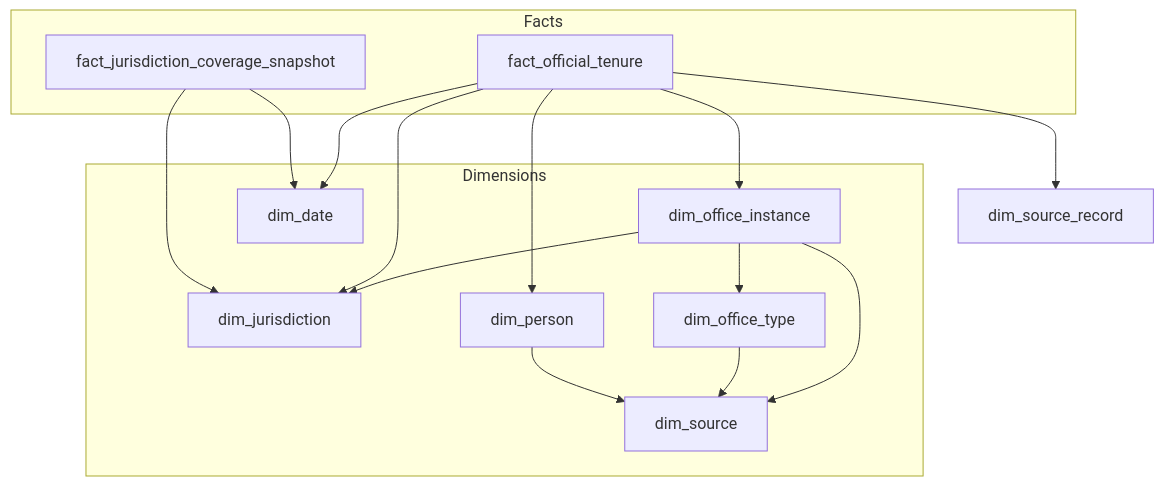
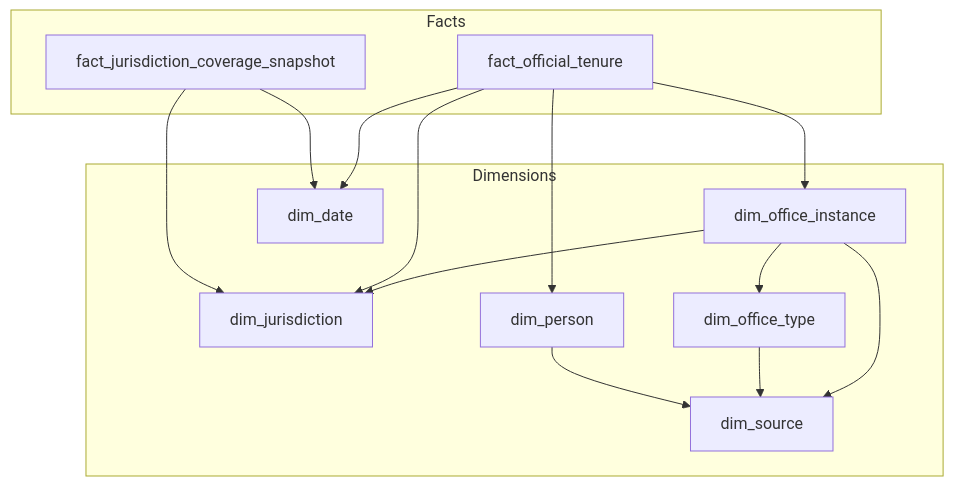
The diagram in docs/README.md (aeevered/elected-officials-data-acquisition), drawn with Mermaid before and after one commit.

````diff
--- a/docs/README.md
+++ b/docs/README.md
@@ -17,32 +17,31 @@
 ```mermaid
 flowchart TB
   subgraph dimensions["Dimensions"]
     dim_source["dim_source"]
     dim_jurisdiction["dim_jurisdiction"]
     dim_office_type["dim_office_type"]
     dim_office_instance["dim_office_instance"]
     dim_person["dim_person"]
     dim_date["dim_date"]
   end
 
   subgraph facts["Facts"]
     fact_tenure["fact_official_tenure"]
     fact_coverage["fact_jurisdiction_coverage_snapshot"]
   end
 
 
   dim_office_instance --> dim_jurisdiction
   dim_office_instance --> dim_office_type
   dim_office_instance --> dim_source
   dim_office_type --> dim_source
   dim_person --> dim_source
 
   fact_tenure --> dim_office_instance
   fact_tenure --> dim_person
   fact_tenure --> dim_jurisdiction
   fact_tenure --> dim_date
-  fact_tenure --> dim_source_record
 
   fact_coverage --> dim_jurisdiction
   fact_coverage --> dim_date
 ```
````
